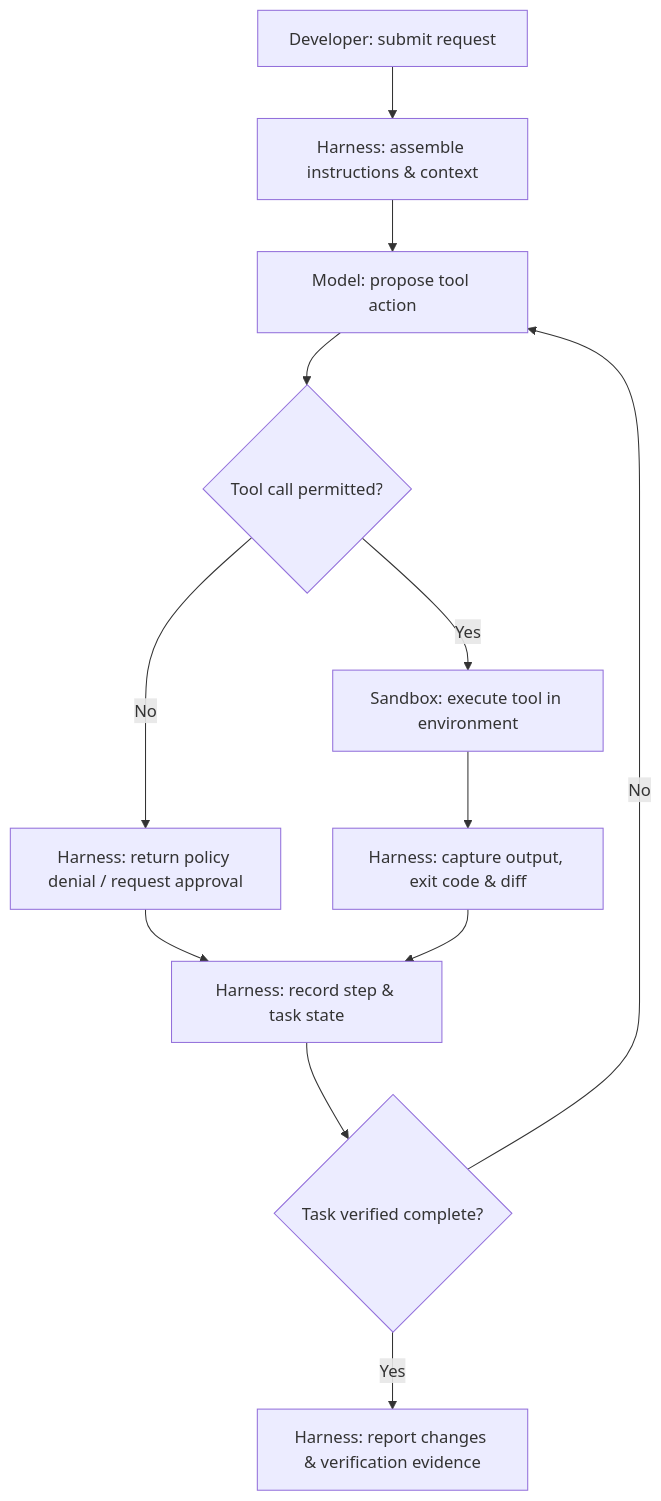
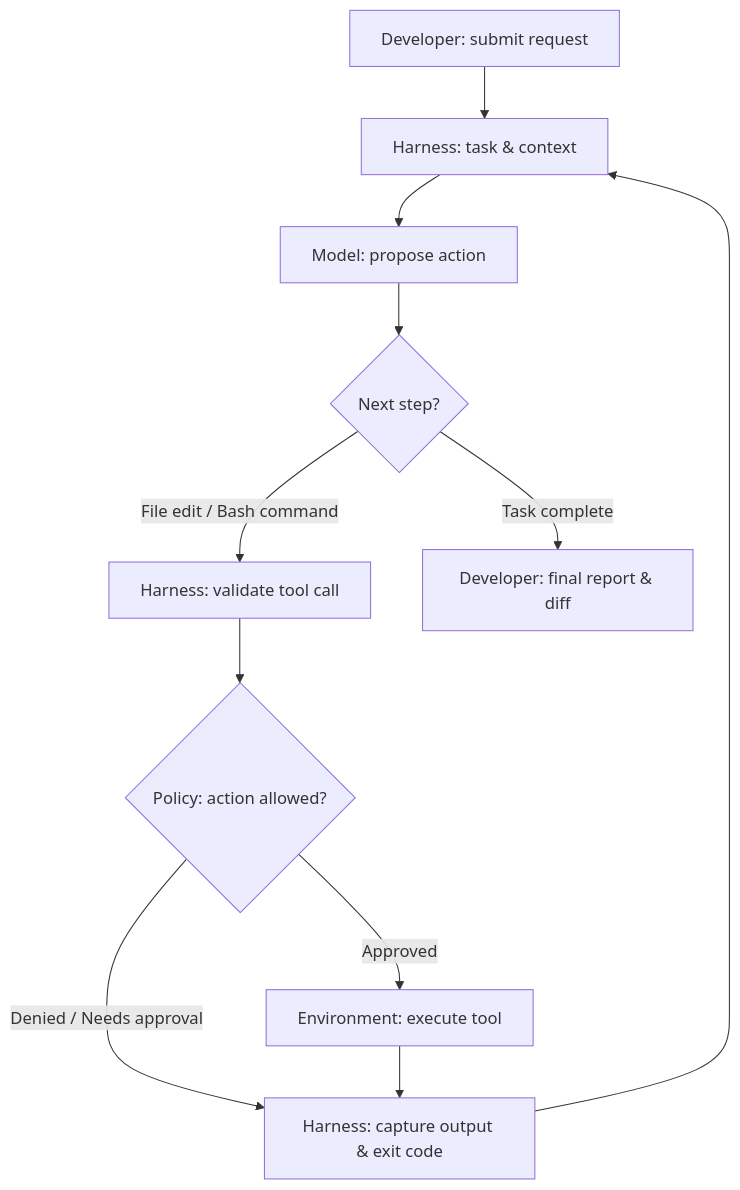
One commit to tharun15/gcloudcafe changed the diagram in content/english/blog/beyond-the-prompt-inside-the-ai-agent-harness.md. Above: the diagram before and after it, drawn with Mermaid. The commit also changed other lines of this file and 5 other files, not shown here.

````diff
--- a/content/english/blog/beyond-the-prompt-inside-the-ai-agent-harness.md
+++ b/content/english/blog/beyond-the-prompt-inside-the-ai-agent-harness.md
@@ -71,14 +64,13 @@
 ```mermaid
 flowchart TD
-    User["Developer: submit request"] --> Context["Harness: assemble instructions & context"]
-    Context --> Model["Model: propose tool action"]
-    Model --> Check{"Tool call permitted?"}
-    Check -->|No| Feedback["Harness: return policy denial / request approval"]
-    Check -->|Yes| Execute["Sandbox: execute tool in environment"]
-    Execute --> Observe["Harness: capture output, exit code & diff"]
-    Feedback --> State["Harness: record step & task state"]
-    Observe --> State
-    State --> Done{"Task verified complete?"}
-    Done -->|No| Model
-    Done -->|Yes| Report["Harness: report changes & verification evidence"]
+    U["Developer: submit request"] --> H["Harness: task & context"]
+    H --> M["Model: propose action"]
+    M --> A{"Next step?"}
+    A -->|File edit / Bash command| T["Harness: validate tool call"]
+    A -->|Task complete| R["Developer: final report & diff"]
+    T --> P{"Policy: action allowed?"}
+    P -->|Denied / Needs approval| O["Harness: structured denial"]
+    P -->|Approved| E["Environment: execute tool"]
+    E --> O["Harness: capture output & exit code"]
+    O --> H
 ```
````
